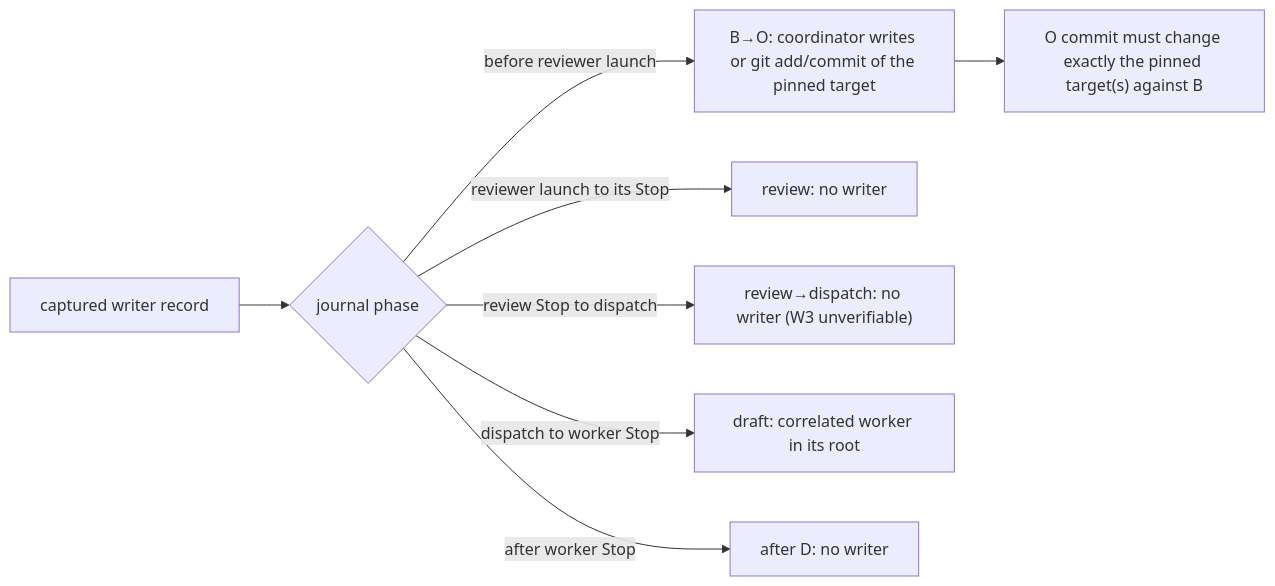
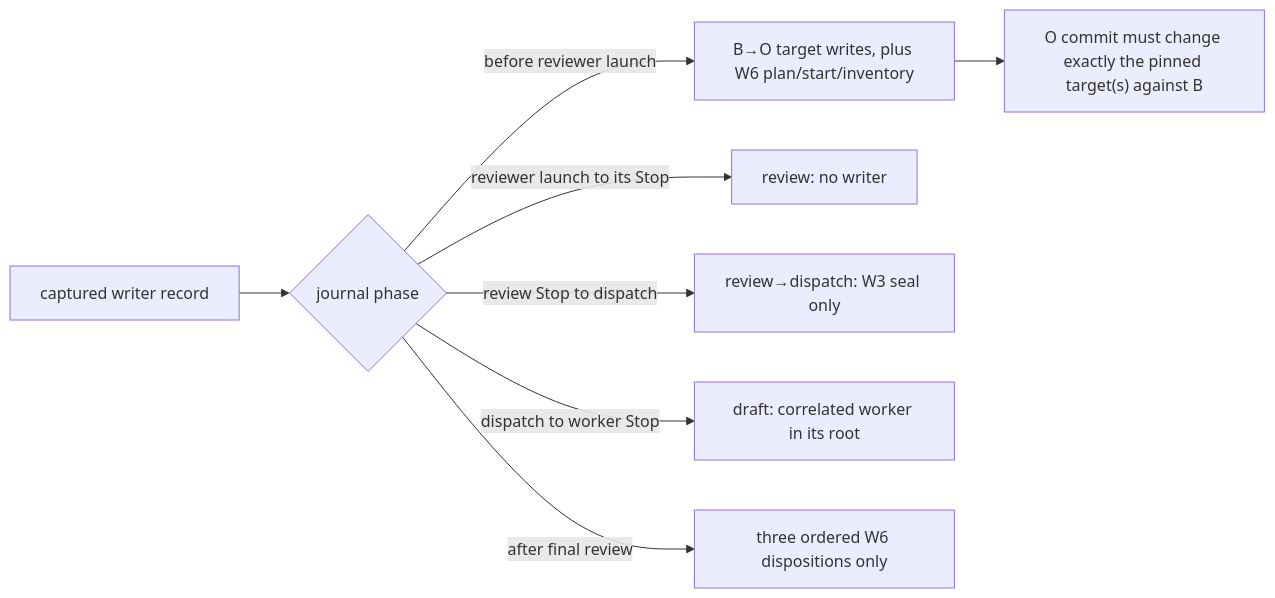
The third of 4 diagrams in docs/doc-workflow-reconciliation.md (dyphn1/Harness-everything), drawn with Mermaid before and after one commit. The commit also changed other lines of this file and 13 other files, not shown here.

````diff
--- a/docs/doc-workflow-reconciliation.md
+++ b/docs/doc-workflow-reconciliation.md
@@ -1269,10 +1274,10 @@
 ```mermaid
 flowchart LR
   R["captured writer record"] --> P{"journal phase"}
-  P -->|"before reviewer launch"| B["B→O: coordinator writes or git add/commit of the pinned target"]
+  P -->|"before reviewer launch"| B["B→O target writes, plus W6 plan/start/inventory"]
   P -->|"reviewer launch to its Stop"| V["review: no writer"]
-  P -->|"review Stop to dispatch"| H["review→dispatch: no writer (W3 unverifiable)"]
+  P -->|"review Stop to dispatch"| H["review→dispatch: W3 seal only"]
   P -->|"dispatch to worker Stop"| D["draft: correlated worker in its root"]
-  P -->|"after worker Stop"| A["after D: no writer"]
+  P -->|"after final review"| A["three ordered W6 dispositions only"]
   B --> S["O commit must change exactly the pinned target(s) against B"]
 ```
````
